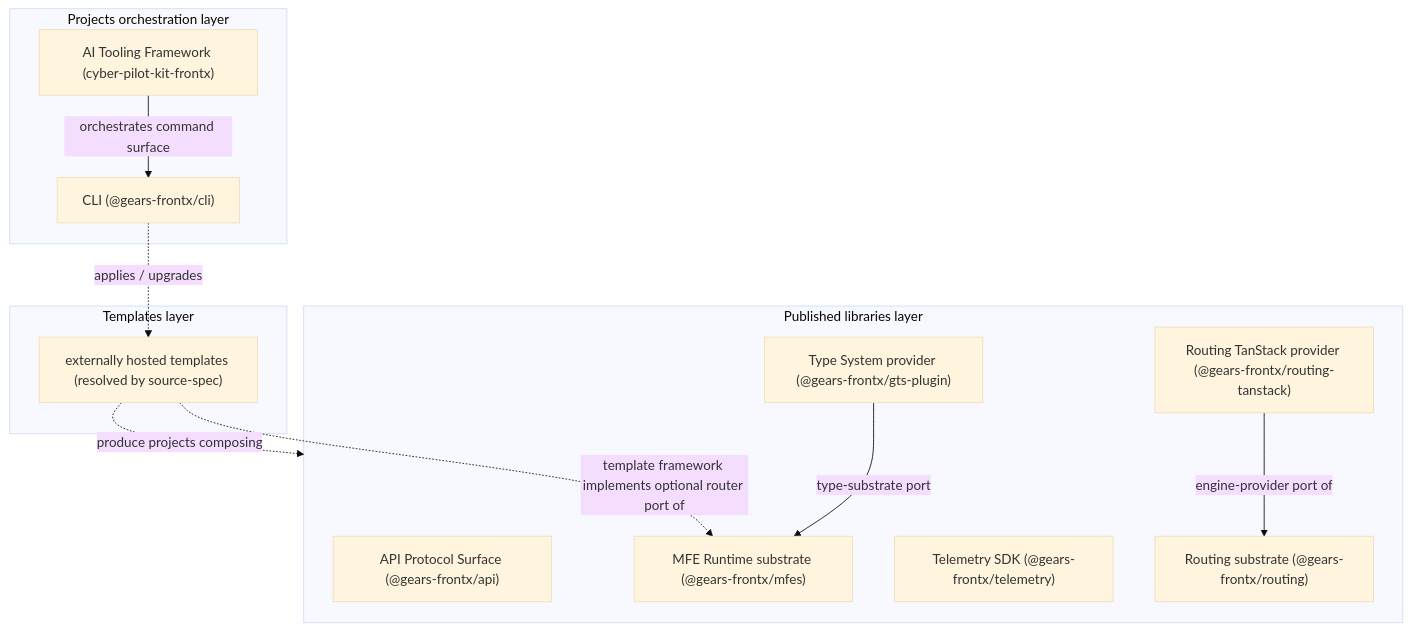
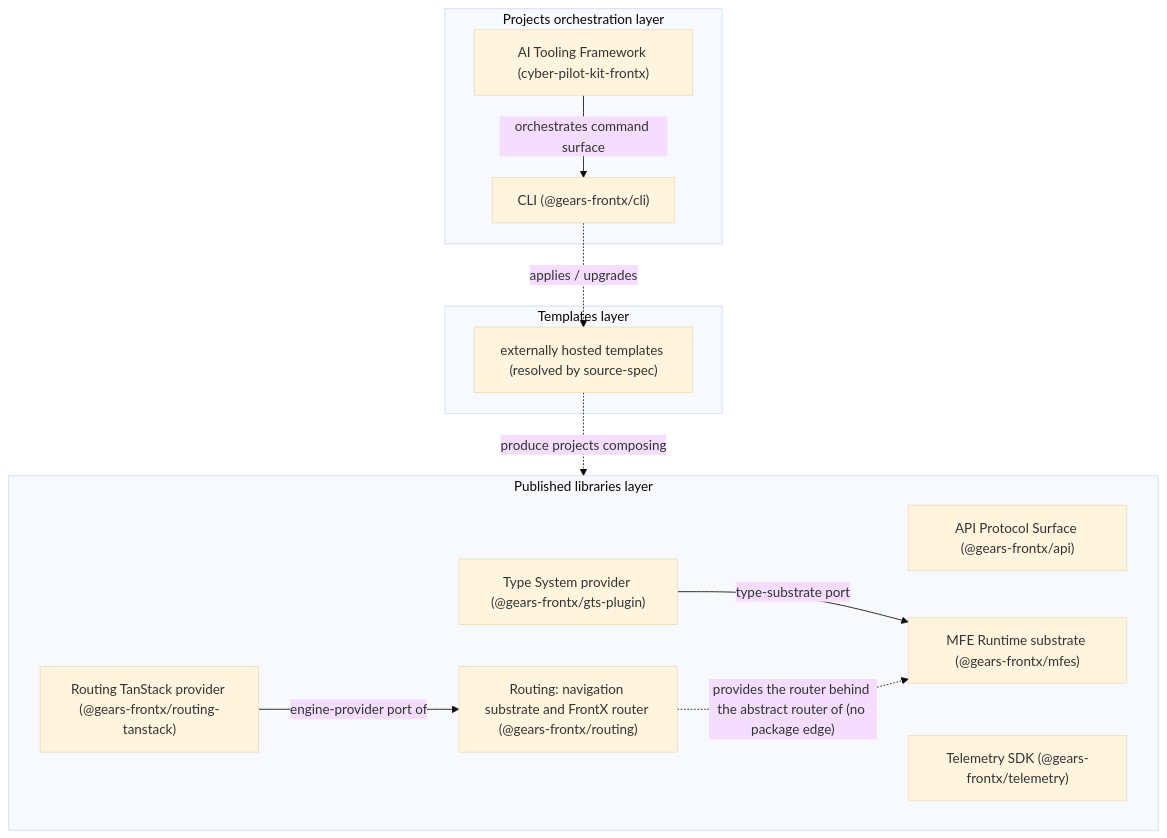
One commit to GeraBart/gears-frontx changed the first of 3 diagrams in architecture/DESIGN.md. Above: the diagram before and after it, drawn with Mermaid (base theme). The commit also changed other lines of this file and 131 other files, not shown here.

Commit message:
feat: move the FrontX router into @gears-frontx/routing behind an abstract RouterPort

````diff
--- a/architecture/DESIGN.md
+++ b/architecture/DESIGN.md
@@ -155,24 +155,24 @@
 ```mermaid
 graph TD
     subgraph Orch[Projects orchestration layer]
         KIT["AI Tooling Framework (cyber-pilot-kit-frontx)"]
         CLI["CLI (@gears-frontx/cli)"]
     end
     subgraph Libs[Published libraries layer]
         API["API Protocol Surface (@gears-frontx/api)"]
         GTS["Type System provider (@gears-frontx/gts-plugin)"]
         MFES["MFE Runtime substrate (@gears-frontx/mfes)"]
         TEL["Telemetry SDK (@gears-frontx/telemetry)"]
-        ROUTING["Routing substrate (@gears-frontx/routing)"]
+        ROUTING["Routing: navigation substrate and FrontX router (@gears-frontx/routing)"]
         ROUTINGTS["Routing TanStack provider (@gears-frontx/routing-tanstack)"]
     end
     subgraph Tmpl[Templates layer]
         T["externally hosted templates (resolved by source-spec)"]
     end
     KIT -- "orchestrates command surface" --> CLI
     GTS -- "type-substrate port" --> MFES
     ROUTINGTS -- "engine-provider port of" --> ROUTING
     CLI -. "applies / upgrades" .-> T
     T -. "produce projects composing" .-> Libs
-    T -. "template framework implements optional router port of" .-> MFES
+    ROUTING -. "provides the router behind the abstract router of (no package edge)" .-> MFES
 ```
````
